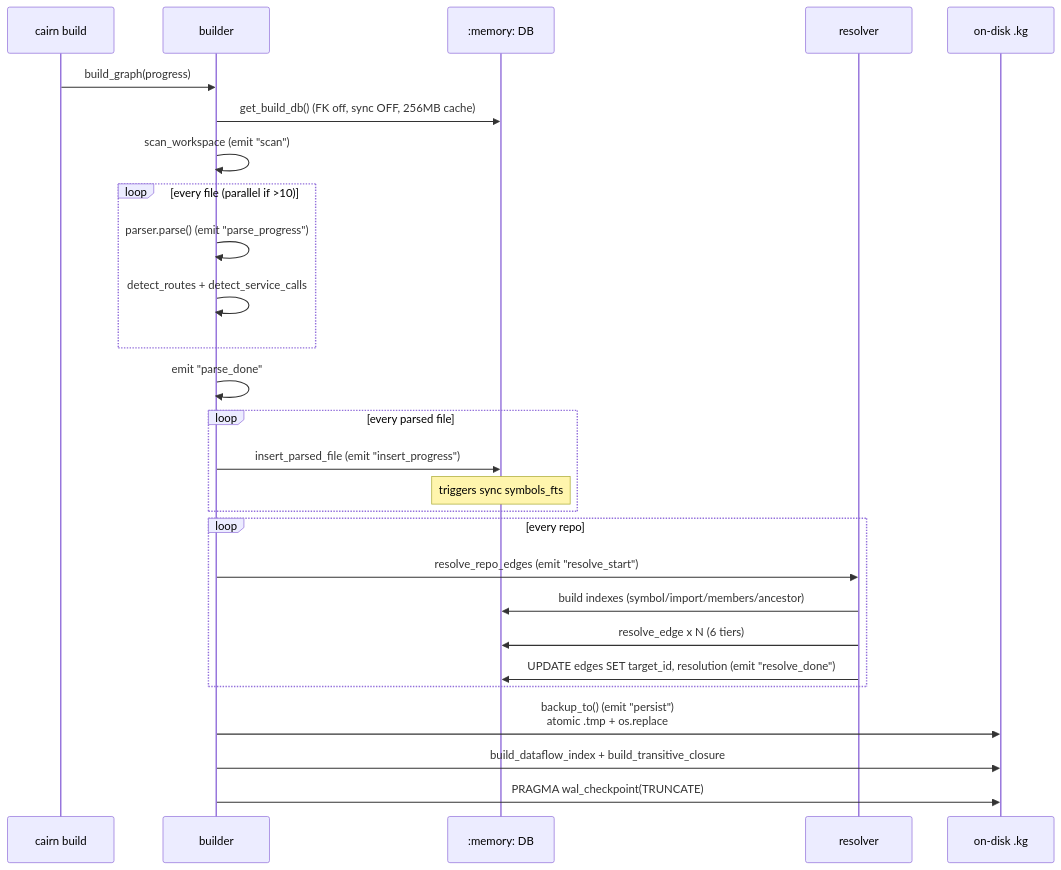
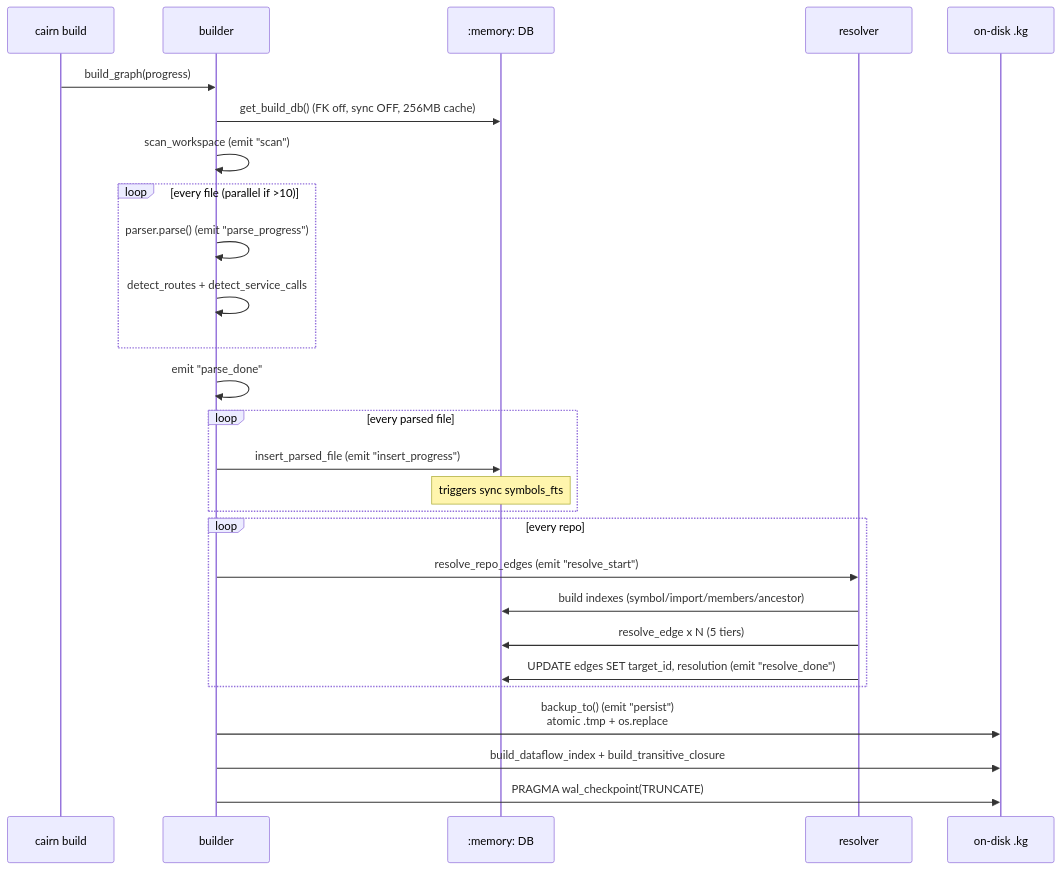
The fifth of 11 diagrams in docs/architecture-overview.md (tanlnm512/cairn), drawn with Mermaid before and after one commit. The commit also changed other lines of this file and 42 other files, not shown here.

````diff
--- a/docs/architecture-overview.md
+++ b/docs/architecture-overview.md
@@ -163,30 +163,30 @@
 ```mermaid
 sequenceDiagram
     participant CLI as cairn build
     participant B as builder
     participant DB as :memory: DB
     participant R as resolver
     participant Disk as on-disk .kg
 
     CLI->>B: build_graph(progress)
     B->>DB: get_build_db() (FK off, sync OFF, 256MB cache)
     B->>B: scan_workspace (emit "scan")
     loop every file (parallel if >10)
         B->>B: parser.parse() (emit "parse_progress")
         B->>B: detect_routes + detect_service_calls
     end
     B->>B: emit "parse_done"
     loop every parsed file
         B->>DB: insert_parsed_file (emit "insert_progress")
         Note over DB: triggers sync symbols_fts
     end
     loop every repo
         B->>R: resolve_repo_edges (emit "resolve_start")
         R->>DB: build indexes (symbol/import/members/ancestor)
-        R->>DB: resolve_edge x N (6 tiers)
+        R->>DB: resolve_edge x N (5 tiers)
         R->>DB: UPDATE edges SET target_id, resolution (emit "resolve_done")
     end
     B->>Disk: backup_to() (emit "persist")<br/>atomic .tmp + os.replace
     B->>Disk: build_dataflow_index + build_transitive_closure
     B->>Disk: PRAGMA wal_checkpoint(TRUNCATE)
 ```
````
